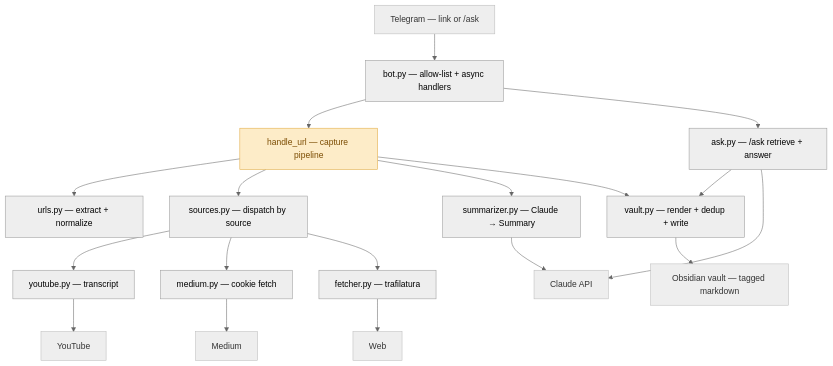
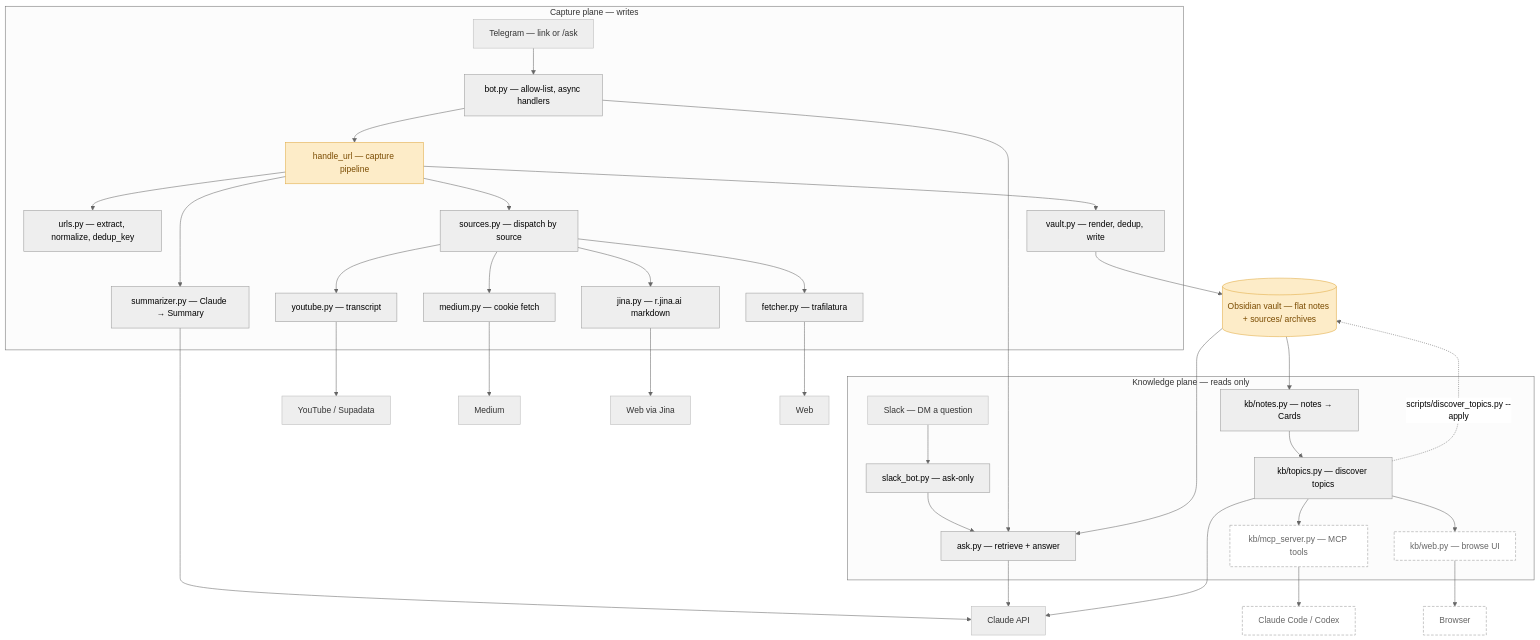
The first of 3 diagrams in README.md (rhuanca/example-second-brain), drawn with Mermaid (neutral theme) before and after one commit. The commit also changed other lines of this file and 3 other files, not shown here.

First line of the commit message:
docs: rewrite the architecture for what the system actually is now

````diff
--- a/README.md
+++ b/README.md
@@ -166,25 +173,50 @@
 ```mermaid
 flowchart TD
-    tg["Telegram — link or /ask"] --> bot["bot.py — allow-list + async handlers"]
-    bot --> handle["handle_url — capture pipeline"]
-    bot --> ask["ask.py — /ask retrieve + answer"]
-    ask --> vault
+    subgraph capture["Capture plane — writes"]
+        tg["Telegram — link or /ask"] --> bot["bot.py — allow-list, async handlers"]
+        bot --> handle["handle_url — capture pipeline"]
+        handle --> urls["urls.py — extract, normalize, dedup_key"]
+        handle --> sources["sources.py — dispatch by source"]
+        handle --> summarizer["summarizer.py — Claude → Summary"]
+        handle --> vault["vault.py — render, dedup, write"]
+        sources --> youtube["youtube.py — transcript"]
+        sources --> medium["medium.py — cookie fetch"]
+        sources --> jina["jina.py — r.jina.ai markdown"]
+        sources --> fetcher["fetcher.py — trafilatura"]
+    end
+
+    subgraph knowledge["Knowledge plane — reads only"]
+        slack["Slack — DM a question"] --> slackbot["slack_bot.py — ask-only"]
+        slackbot --> ask["ask.py — retrieve + answer"]
+        kbnotes["kb/notes.py — notes → Cards"] --> kbtopics["kb/topics.py — discover topics"]
+        mcp["kb/mcp_server.py — MCP tools"]:::planned
+        web["kb/web.py — browse UI"]:::planned
+    end
+
+    obsidian[("Obsidian vault — flat notes + sources/ archives")]
+
+    bot --> ask
+    vault --> obsidian
+    obsidian --> ask
+    obsidian --> kbnotes
+    kbtopics -.->|"scripts/discover_topics.py --apply"| obsidian
+    kbtopics --> mcp
+    kbtopics --> web
+    mcp --> agents["Claude Code / Codex"]:::planned
+    web --> browser["Browser"]:::planned
+
+    summarizer --> claude["Claude API"]
     ask --> claude
-    handle --> urls["urls.py — extract + normalize"]
-    handle --> sources["sources.py — dispatch by source"]
-    handle --> summarizer["summarizer.py — Claude → Summary"]
-    handle --> vault["vault.py — render + dedup + write"]
-    sources --> youtube["youtube.py — transcript"]
-    sources --> medium["medium.py — cookie fetch"]
-    sources --> fetcher["fetcher.py — trafilatura"]
-    summarizer --> claude["Claude API"]
-    vault --> obsidian["Obsidian vault — tagged markdown"]
-    youtube --> yt["YouTube"]
+    kbtopics --> claude
+    youtube --> yt["YouTube / Supadata"]
     medium --> md["Medium"]
-    fetcher --> web["Web"]
+    jina --> web2["Web via Jina"]
+    fetcher --> web3["Web"]
 
     classDef focal fill:#fdecc8,stroke:#e0a93f,color:#7a4b00;
     classDef ext fill:#eeeeee,stroke:#bbbbbb,color:#333333;
+    classDef planned fill:#ffffff,stroke:#999999,color:#666666,stroke-dasharray: 5 3;
     class handle focal;
-    class tg,claude,obsidian,yt,md,web ext;
+    class tg,slack,claude,yt,md,web2,web3 ext;
+    class obsidian focal;
 ```
````
